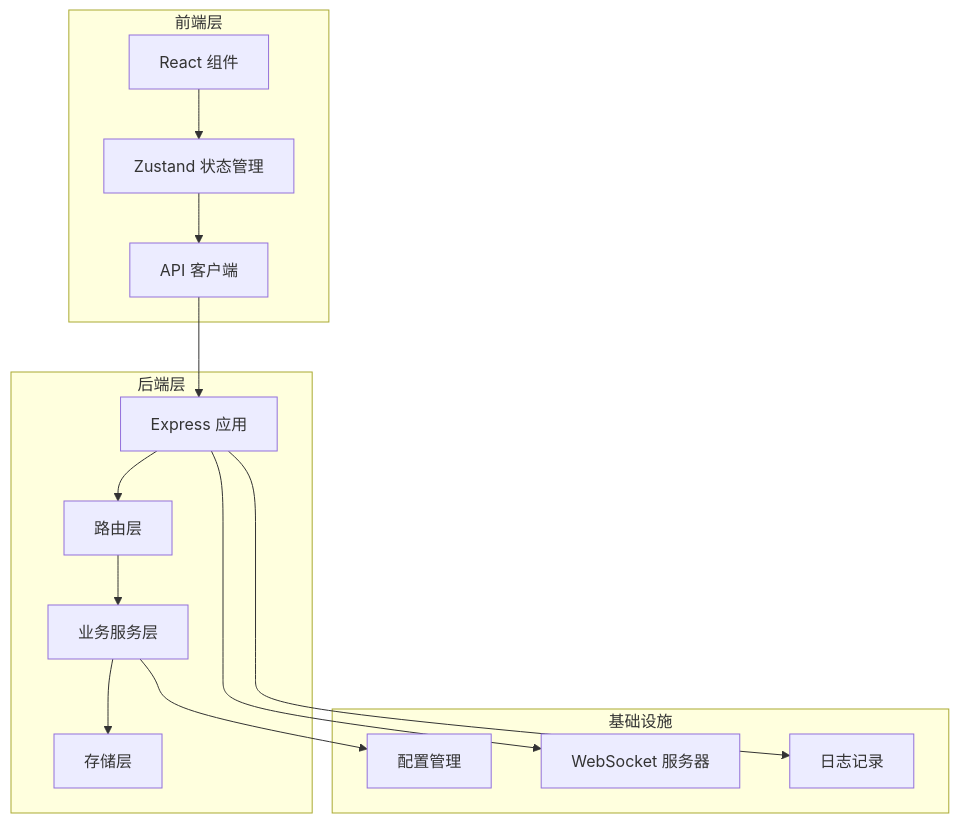
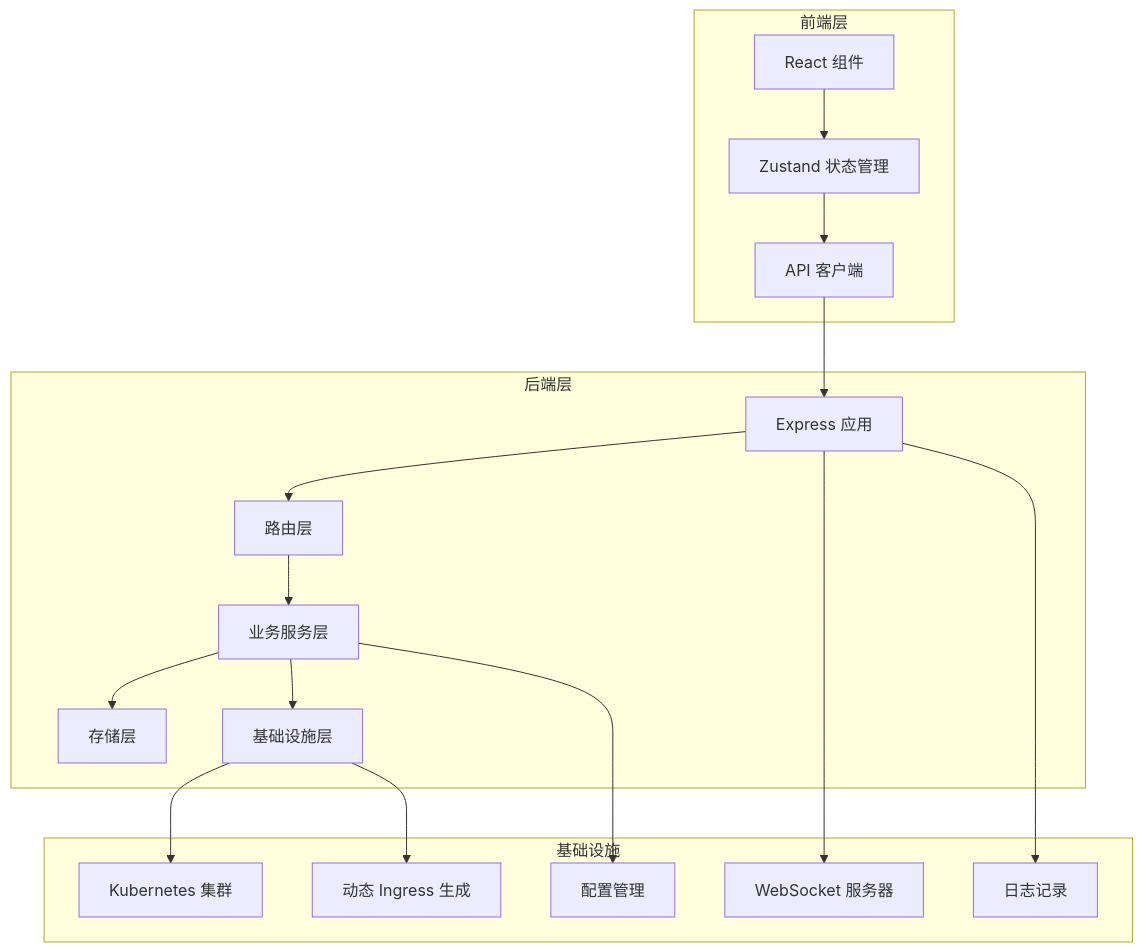
The second of 9 diagrams in .qoder/repowiki/zh/content/后端服务详解/域名管理系统.md (RabbitAI-Lab/Sandbox-Manager), drawn with Mermaid before and after one commit. The commit also changed other lines of this file and 15 other files, not shown here.

````diff
--- a/.qoder/repowiki/zh/content/后端服务详解/域名管理系统.md
+++ b/.qoder/repowiki/zh/content/后端服务详解/域名管理系统.md
@@ -110,28 +134,34 @@
 ```mermaid
 graph TB
 subgraph "前端层"
 UI[React 组件]
 Store[Zustand 状态管理]
 API[API 客户端]
 end
 subgraph "后端层"
 Express[Express 应用]
 Router[路由层]
 Service[业务服务层]
 Storage[存储层]
+Infra[基础设施层]
 end
 subgraph "基础设施"
 Config[配置管理]
 WS[WebSocket 服务器]
 Logger[日志记录]
+K8s[Kubernetes 集群]
+Ingress[动态 Ingress 生成]
 end
 UI --> Store
 Store --> API
 API --> Express
 Express --> Router
 Router --> Service
 Service --> Storage
+Service --> Infra
+Infra --> K8s
+Infra --> Ingress
 Express --> WS
 Express --> Logger
 Service --> Config
 ```
````
